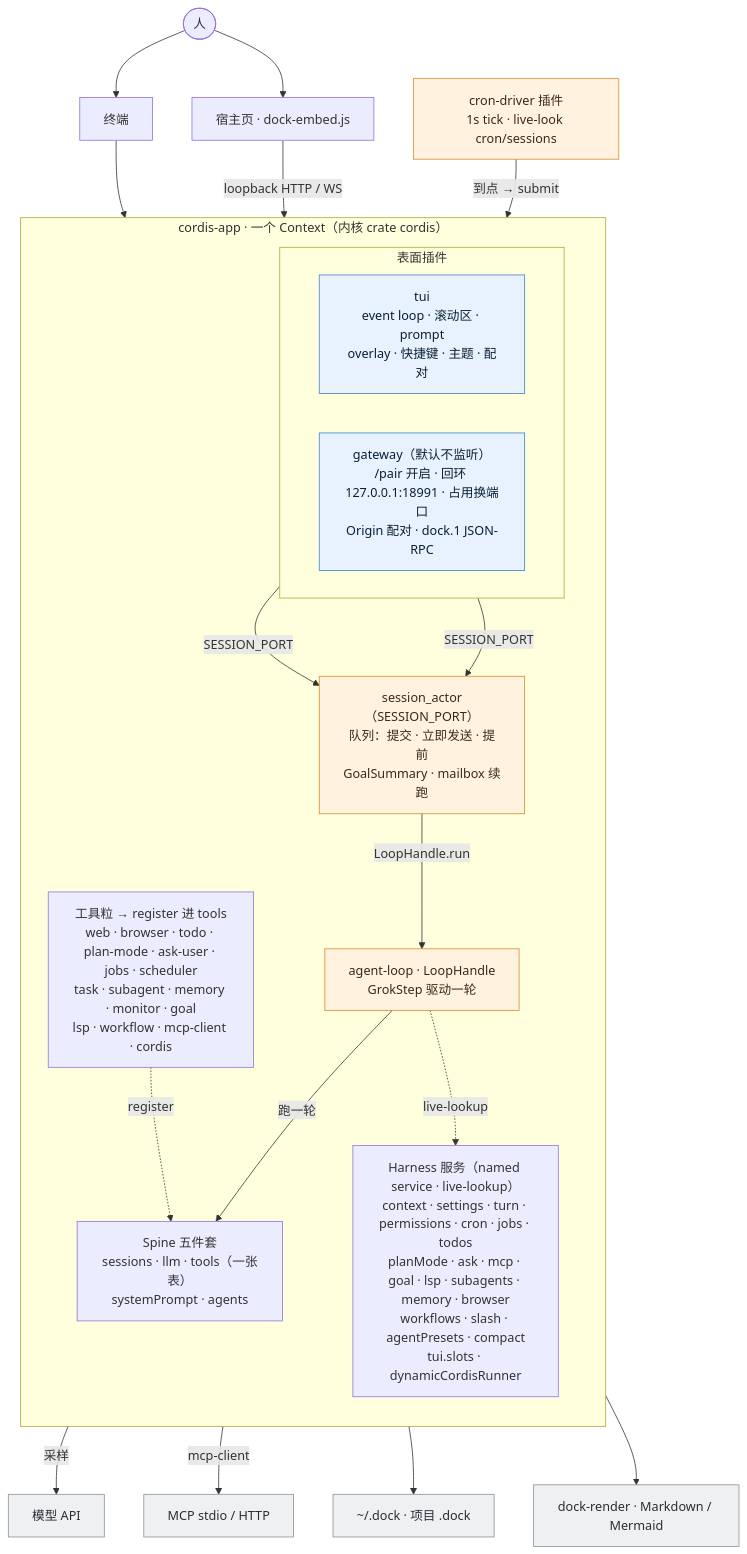
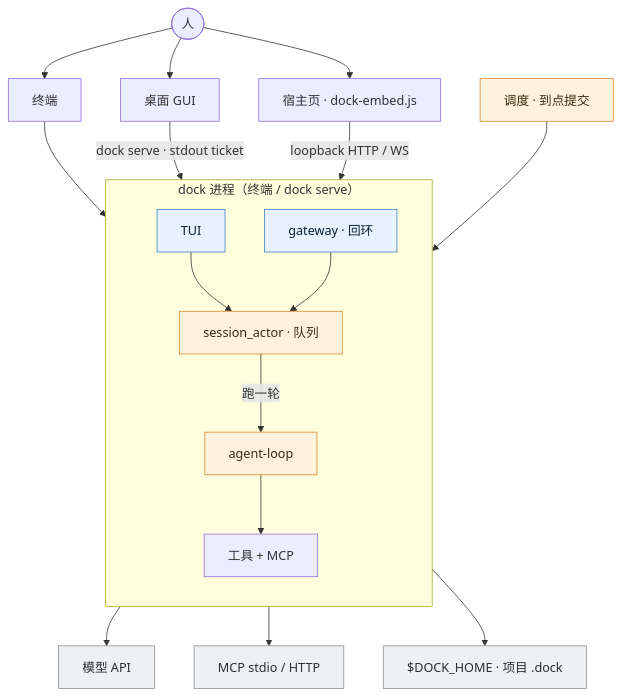
The first of 2 diagrams in README.md (P0lar1ght/dock), drawn with Mermaid before and after one commit. The commit also changed other lines of this file and 2 other files, not shown here.

````diff
--- a/README.md
+++ b/README.md
@@ -110,53 +137,36 @@
 ```mermaid
 flowchart TB
   person(["人"])
   term["终端"]
+  gui["桌面 GUI"]
   host["宿主页 · dock-embed.js"]
 
-  subgraph app["cordis-app · 一个 Context（内核 crate cordis）"]
+  subgraph app["dock 进程（终端 / dock serve）"]
     direction TB
-
-    subgraph surf["表面插件"]
-      direction LR
-      tui["tui<br/>event loop · 滚动区 · prompt<br/>overlay · 快捷键 · 主题 · 配对"]
-      gw["gateway（默认不监听）<br/>/pair 开启 · 回环 127.0.0.1:18991 · 占用换端口<br/>Origin 配对 · dock.1 JSON-RPC"]
-    end
-
-    actor["session_actor（SESSION_PORT）<br/>队列：提交 · 立即发送 · 提前<br/>GoalSummary · mailbox 续跑"]
-    aloop["agent-loop · LoopHandle<br/>GrokStep 驱动一轮"]
-
-    spine["Spine 五件套<br/>sessions · llm · tools（一张表）<br/>systemPrompt · agents"]
-
-    grains["工具粒 → register 进 tools<br/>web · browser · todo · plan-mode · ask-user · jobs · scheduler<br/>task · subagent · memory · monitor · goal<br/>lsp · workflow · mcp-client · cordis"]
-
-    svc["Harness 服务（named service · live-lookup）<br/>context · settings · turn · permissions · cron · jobs · todos<br/>planMode · ask · mcp · goal · lsp · subagents · memory · browser<br/>workflows · slash · agentPresets · compact<br/>tui.slots · dynamicCordisRunner"]
+    tui["TUI"]
+    gw["gateway · 回环"]
+    actor["session_actor · 队列"]
+    aloop["agent-loop"]
+    tools["工具 + MCP"]
   end
 
   person --> term --> tui
+  person --> gui -->|"dock serve · stdout ticket"| gw
   person --> host -->|"loopback HTTP / WS"| gw
 
-  tui -->|"SESSION_PORT"| actor
-  gw -->|"SESSION_PORT"| actor
-  tick["cron-driver 插件<br/>1s tick · live-look cron/sessions"] -->|"到点 → submit"| actor
-  actor -->|"LoopHandle.run"| aloop
-  aloop -->|"跑一轮"| spine
-  aloop -.->|"live-lookup"| svc
-  grains -.->|"register"| spine
-
-  api["模型 API"]
-  mcp["MCP stdio / HTTP"]
-  disk["~/.dock · 项目 .dock"]
-  render["dock-render · Markdown / Mermaid"]
-
-  spine -->|"采样"| api
-  grains -->|"mcp-client"| mcp
-  svc --> disk
-  tui --> render
+  tui --> actor
+  gw --> actor
+  tick["调度 · 到点提交"] --> actor
+  actor -->|"跑一轮"| aloop
+  aloop --> tools
+  aloop --> api["模型 API"]
+  tools --> mcp["MCP stdio / HTTP"]
+  actor --> disk["$DOCK_HOME · 项目 .dock"]
 
   classDef surface fill:#e8f2ff,stroke:#3b82c4,color:#0b1f33;
   classDef core fill:#fff3e0,stroke:#d98a2b,color:#3a2a10;
   classDef ext fill:#eef0f2,stroke:#8a9199,color:#2a2f36;
   class tui,gw surface;
-  class tick,actor,aloop core;
-  class api,mcp,disk,render ext;
+  class actor,aloop,tick core;
+  class api,mcp,disk ext;
 ```
````
